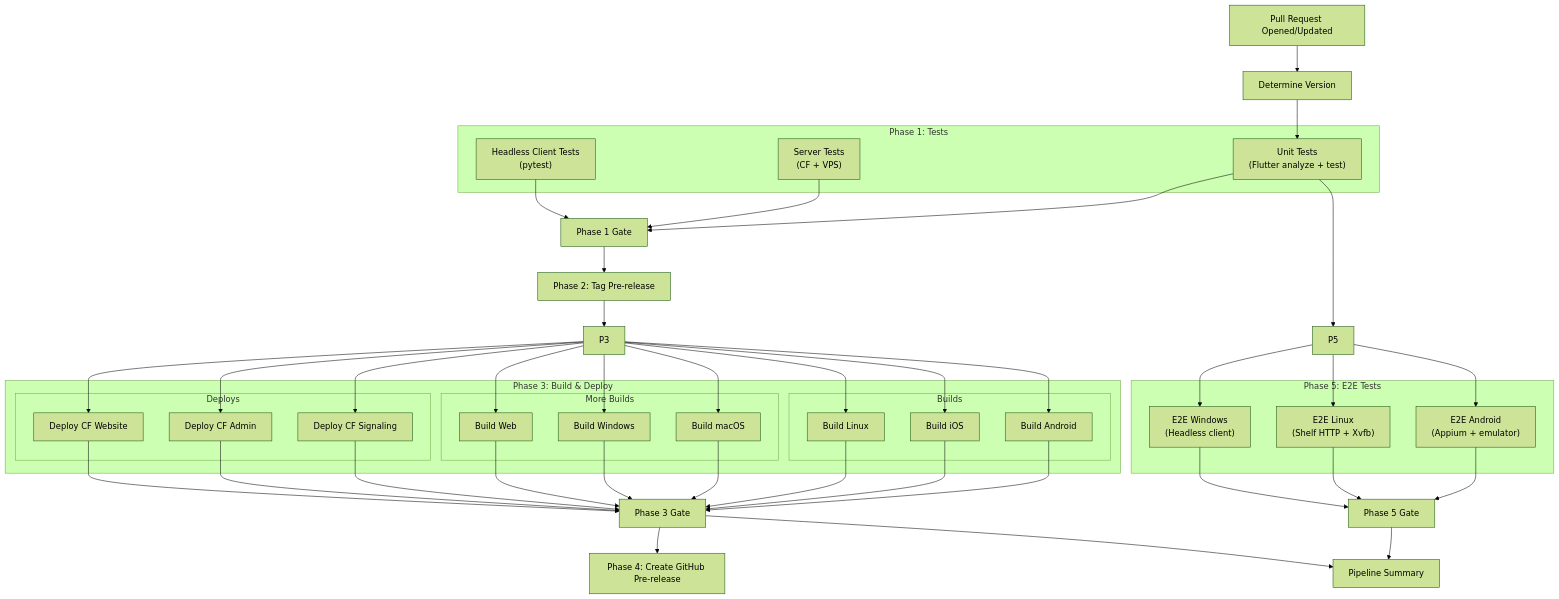
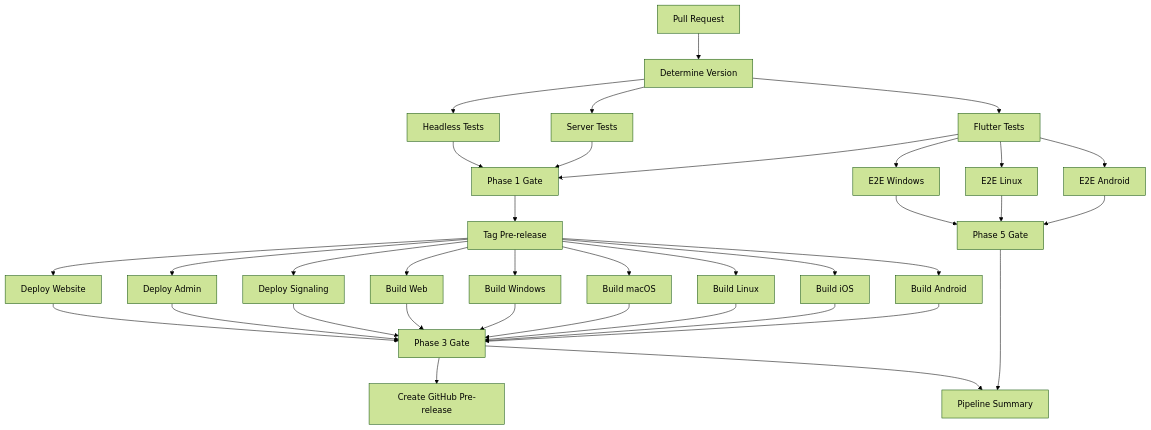
One commit to Hamza-Labs-Core/zajel changed the diagram in packages/wiki/CI-Pipeline.md. Above: the diagram before and after it, drawn with Mermaid (forest theme). The commit also changed 15 other files, not shown here.

````diff
--- a/packages/wiki/CI-Pipeline.md
+++ b/packages/wiki/CI-Pipeline.md
@@ -7,54 +7,33 @@
 ```mermaid
 graph TD
-    PR["Pull Request Opened/Updated"] --> V["Determine Version"]
-    V --> P1
-
-    subgraph "Phase 1: Tests"
-        P1["Unit Tests<br/>(Flutter analyze + test)"]
-        P1S["Server Tests<br/>(CF + VPS)"]
-        P1H["Headless Client Tests<br/>(pytest)"]
-    end
+    PR["Pull Request"] --> V["Determine Version"]
+    V --> P1["Flutter Tests"]
+    V --> P1S["Server Tests"]
+    V --> P1H["Headless Tests"]
 
     P1 & P1S & P1H --> GATE1["Phase 1 Gate"]
 
-    GATE1 --> P2["Phase 2: Tag Pre-release"]
+    GATE1 --> P2["Tag Pre-release"]
 
-    P2 --> P3
-
-    subgraph "Phase 3: Build & Deploy"
-        subgraph "Builds"
-            P3A["Build Android"]
-            P3I["Build iOS"]
-            P3L["Build Linux"]
-        end
-        subgraph "More Builds"
-            P3M["Build macOS"]
-            P3W["Build Windows"]
-            P3WEB["Build Web"]
-        end
-        subgraph "Deploys"
-            P3CF["Deploy CF Signaling"]
-            P3CFA["Deploy CF Admin"]
-            P3CFW["Deploy CF Website"]
-        end
-    end
-    P3 --> P3A & P3I & P3L
-    P3 --> P3M & P3W & P3WEB
-    P3 --> P3CF & P3CFA & P3CFW
+    P2 --> P3A["Build Android"]
+    P2 --> P3I["Build iOS"]
+    P2 --> P3L["Build Linux"]
+    P2 --> P3M["Build macOS"]
+    P2 --> P3W["Build Windows"]
+    P2 --> P3WEB["Build Web"]
+    P2 --> P3CF["Deploy Signaling"]
+    P2 --> P3CFA["Deploy Admin"]
+    P2 --> P3CFW["Deploy Website"]
 
     P3A & P3I & P3L & P3M & P3W & P3WEB & P3CF & P3CFA & P3CFW --> GATE3["Phase 3 Gate"]
 
-    GATE3 --> P4["Phase 4: Create GitHub Pre-release"]
+    GATE3 --> P4["Create GitHub Pre-release"]
 
-    P1 --> P5
-    subgraph "Phase 5: E2E Tests"
-        P5A["E2E Android<br/>(Appium + emulator)"]
-        P5L["E2E Linux<br/>(Shelf HTTP + Xvfb)"]
-        P5W["E2E Windows<br/>(Headless client)"]
-    end
-    P5 --> P5A & P5L & P5W
+    P1 --> P5A["E2E Android"]
+    P1 --> P5L["E2E Linux"]
+    P1 --> P5W["E2E Windows"]
 
     P5A & P5L & P5W --> GATE5["Phase 5 Gate"]
 
     GATE5 & GATE3 --> SUMMARY["Pipeline Summary"]
 ```
````
